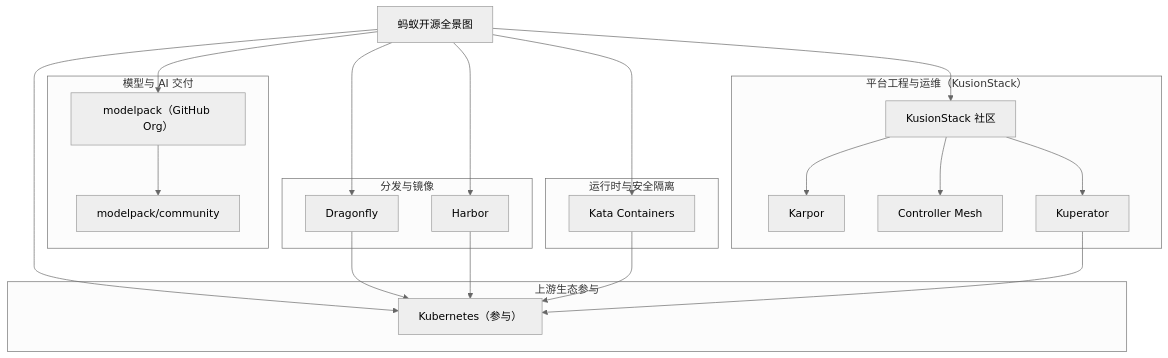
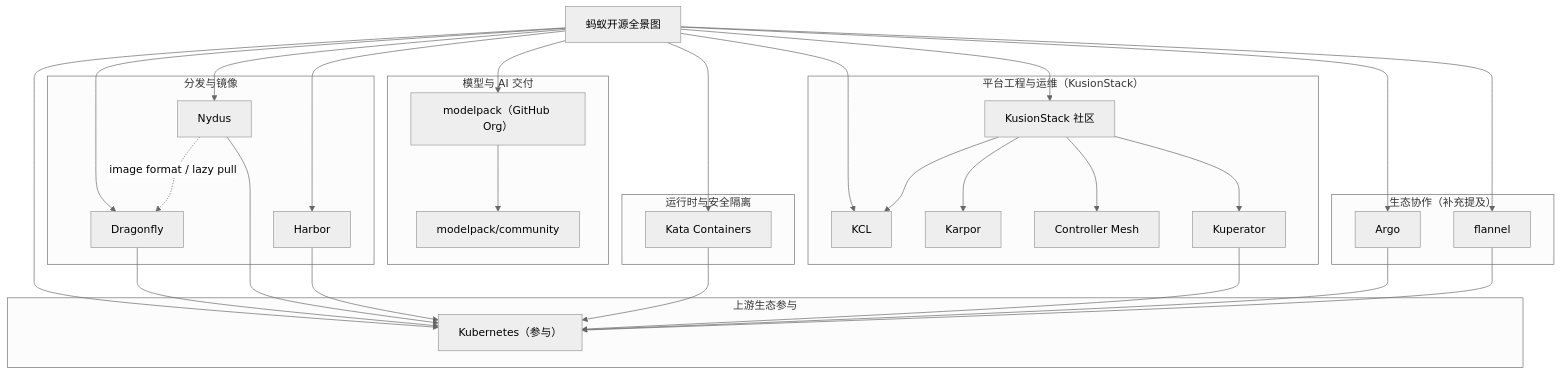
One commit to pacoxu/AI-Infra changed the diagram in case-study/ant-group.md. Above: the diagram before and after it, drawn with Mermaid (neutral theme). The commit also changed other lines of this file, not shown here.

Commit message:
docs(case-study): enrich ant panorama with kcl nydus argo and flannel

````diff
--- a/case-study/ant-group.md
+++ b/case-study/ant-group.md
@@ -5,46 +5,62 @@
 ```mermaid
 flowchart TB
   ANT["蚂蚁开源全景图"]
 
   subgraph DIST["分发与镜像"]
     DFLY["Dragonfly"]
+    NYD["Nydus"]
     HARBOR["Harbor"]
   end
 
   subgraph PLATFORM["平台工程与运维（KusionStack）"]
     KS["KusionStack 社区"]
+    KCL["KCL"]
     KARPOR["Karpor"]
     CMESH["Controller Mesh"]
     KUP["Kuperator"]
   end
 
   subgraph AI["模型与 AI 交付"]
     MPORG["modelpack（GitHub Org）"]
     MPC["modelpack/community"]
   end
 
   subgraph RUNTIME["运行时与安全隔离"]
     KATA["Kata Containers"]
   end
 
   subgraph UPSTREAM["上游生态参与"]
     K8S["Kubernetes（参与）"]
   end
 
+  subgraph ECO["生态协作（补充提及）"]
+    ARGO["Argo"]
+    FLANNEL["flannel"]
+  end
+
   ANT --> DFLY
+  ANT --> NYD
   ANT --> HARBOR
   ANT --> KS
+  ANT --> KCL
   ANT --> MPORG
   ANT --> KATA
   ANT --> K8S
+  ANT --> ARGO
+  ANT --> FLANNEL
 
+  KS --> KCL
   KS --> KARPOR
   KS --> CMESH
   KS --> KUP
   MPORG --> MPC
 
   DFLY --> K8S
+  NYD --> K8S
+  NYD -. image format / lazy pull .-> DFLY
   HARBOR --> K8S
   KATA --> K8S
   KUP --> K8S
+  ARGO --> K8S
+  FLANNEL --> K8S
 ```
````
